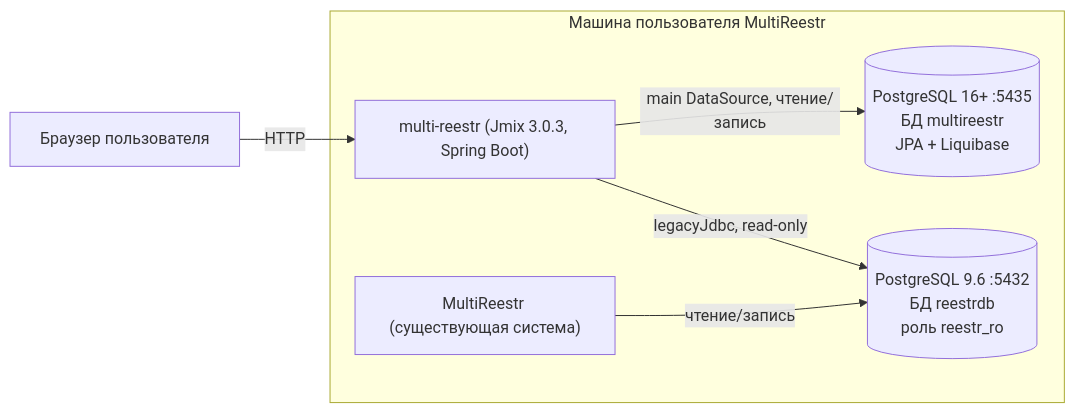
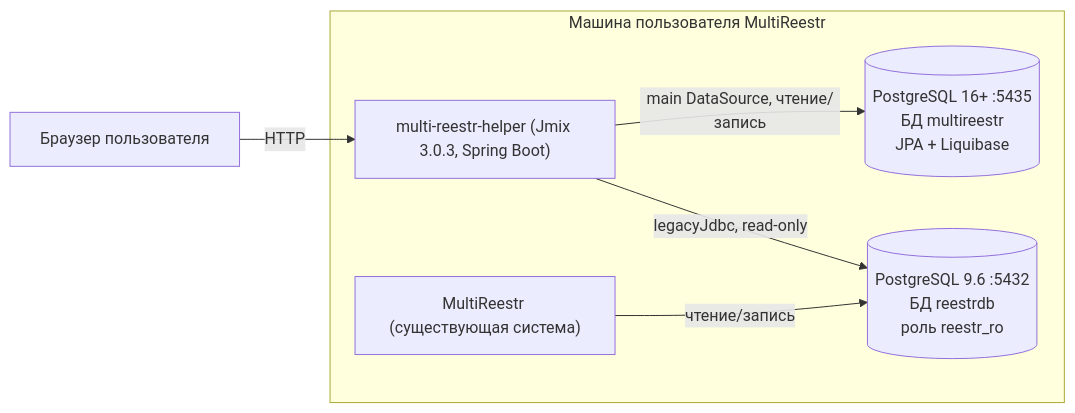
Before and after one commit to stasmakarov/multi-reestr-helper: the sixth of 6 diagrams in docs/model/OVERVIEW.md, drawn with Mermaid. The commit also changed other lines of this file and 27 other files, not shown here.

First line of the commit message:
Rename helper app branding to multi-reestr-helper

````diff
--- a/docs/model/OVERVIEW.md
+++ b/docs/model/OVERVIEW.md
@@ -416,13 +416,13 @@
 ```mermaid
 flowchart LR
     U["Браузер пользователя"] -->|"HTTP"| APP
     subgraph HOST["Машина пользователя MultiReestr"]
-        APP["multi-reestr (Jmix 3.0.3, Spring Boot)"]
+        APP["multi-reestr-helper (Jmix 3.0.3, Spring Boot)"]
         M[("PostgreSQL 16+ :5435<br/>БД multireestr<br/>JPA + Liquibase")]
         L[("PostgreSQL 9.6 :5432<br/>БД reestrdb<br/>роль reestr_ro")]
         MR["MultiReestr (существующая система)"]
     end
     APP -->|"main DataSource, чтение/запись"| M
     APP -->|"legacyJdbc, read-only"| L
     MR -->|"чтение/запись"| L
 ```
````
